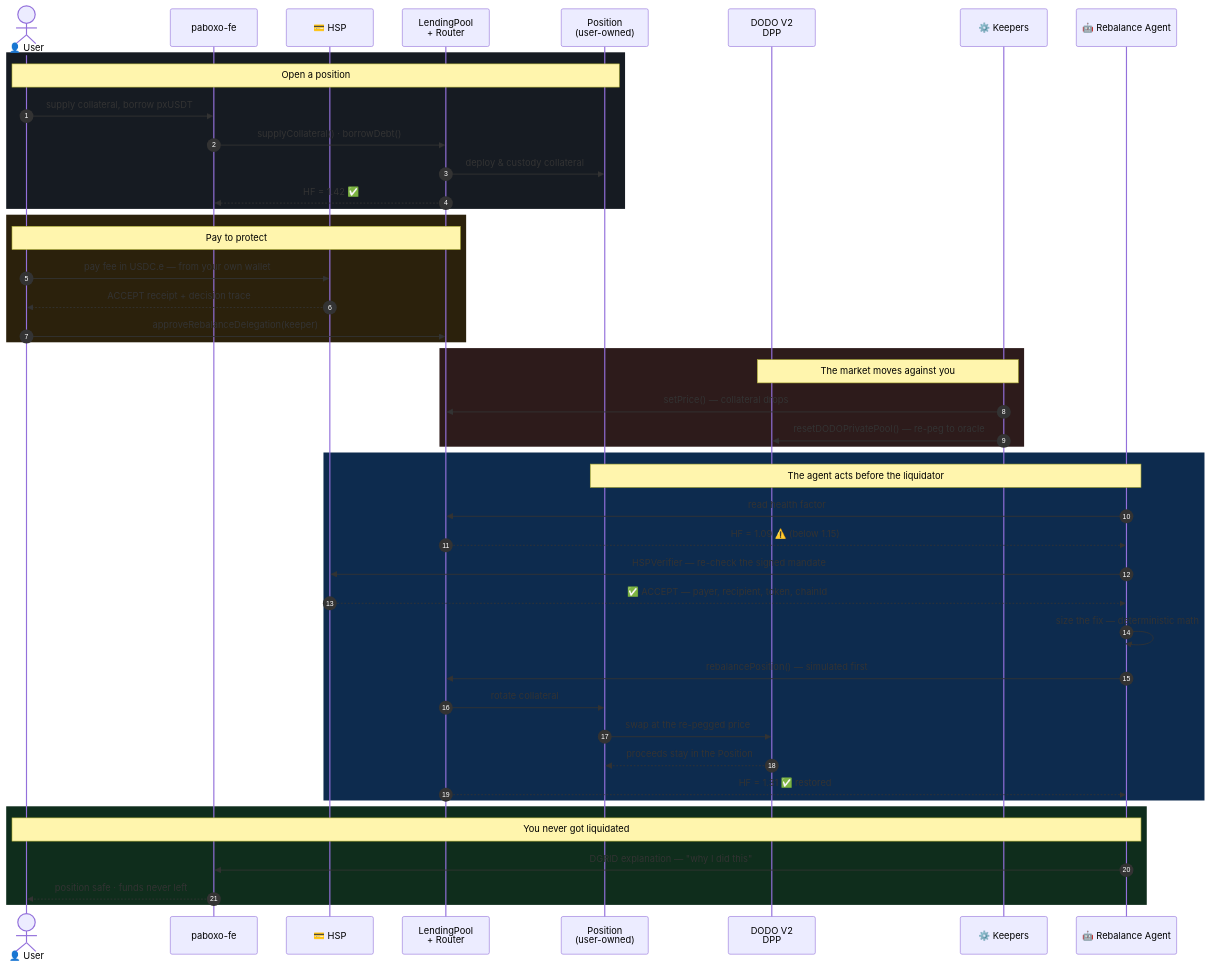
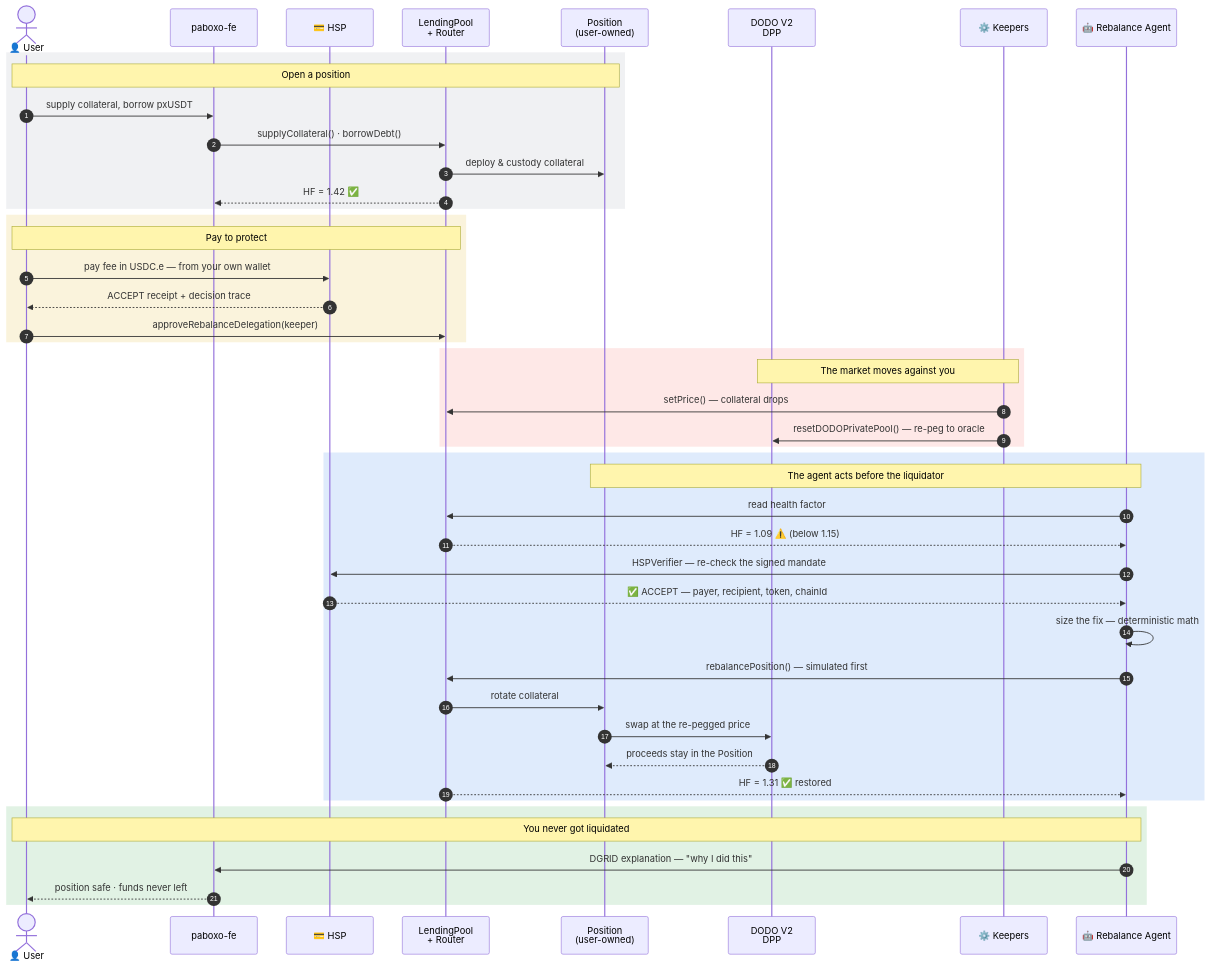
Before and after one commit to paboxo/.github: the second of 2 diagrams in profile/README.md, drawn with Mermaid.

Commit message:
fix(profile): make sequence diagram readable in GitHub light mode
The phase bands used opaque dark `rect rgb(...)` fills. Mermaid rects set
only the background; the message text colour comes from the reader's
GitHub theme. In light mode that rendered dark text on a dark band, so
every step in the diagram was invisible.

Swap the fills for low-alpha rgba tints, which read as a subtle phase
band against either theme's background and leave the theme-driven text
legible in both.

````diff
--- a/profile/README.md
+++ b/profile/README.md
@@ -116,53 +116,53 @@
 ```mermaid
 sequenceDiagram
     autonumber
     actor U as 👤 User
     participant FE as paboxo-fe
     participant HSP as 💳 HSP
     participant LP as LendingPool<br/>+ Router
     participant POS as Position<br/>(user-owned)
     participant DEX as DODO V2<br/>DPP
     participant K as ⚙️ Keepers
     participant AI as 🤖 Rebalance Agent
 
-    rect rgb(22, 27, 34)
+    rect rgba(128, 142, 158, 0.12)
     Note over U,POS: Open a position
     U->>FE: supply collateral, borrow pxUSDT
     FE->>LP: supplyCollateral() · borrowDebt()
     LP->>POS: deploy & custody collateral
     LP-->>FE: HF = 1.42 ✅
     end
 
-    rect rgb(43, 33, 12)
+    rect rgba(219, 171, 10, 0.14)
     Note over U,LP: Pay to protect
     U->>HSP: pay fee in USDC.e — from your own wallet
     HSP-->>U: ACCEPT receipt + decision trace
     U->>LP: approveRebalanceDelegation(keeper)
     end
 
-    rect rgb(45, 27, 27)
+    rect rgba(248, 81, 73, 0.13)
     Note over K,DEX: The market moves against you
     K->>LP: setPrice() — collateral drops
     K->>DEX: resetDODOPrivatePool() — re-peg to oracle
     end
 
-    rect rgb(13, 43, 78)
+    rect rgba(31, 111, 235, 0.14)
     Note over AI,POS: The agent acts before the liquidator
     AI->>LP: read health factor
     LP-->>AI: HF = 1.09 ⚠️ (below 1.15)
     AI->>HSP: HSPVerifier — re-check the signed mandate
     HSP-->>AI: ✅ ACCEPT — payer, recipient, token, chainId
     AI->>AI: size the fix — deterministic math
     AI->>LP: rebalancePosition() — simulated first
     LP->>POS: rotate collateral
     POS->>DEX: swap at the re-pegged price
     DEX-->>POS: proceeds stay in the Position
     LP-->>AI: HF = 1.31 ✅ restored
     end
 
-    rect rgb(15, 45, 28)
+    rect rgba(46, 160, 67, 0.14)
     Note over AI,U: You never got liquidated
     AI->>FE: DGRID explanation — "why I did this"
     FE-->>U: position safe · funds never left
     end
 ```
````
